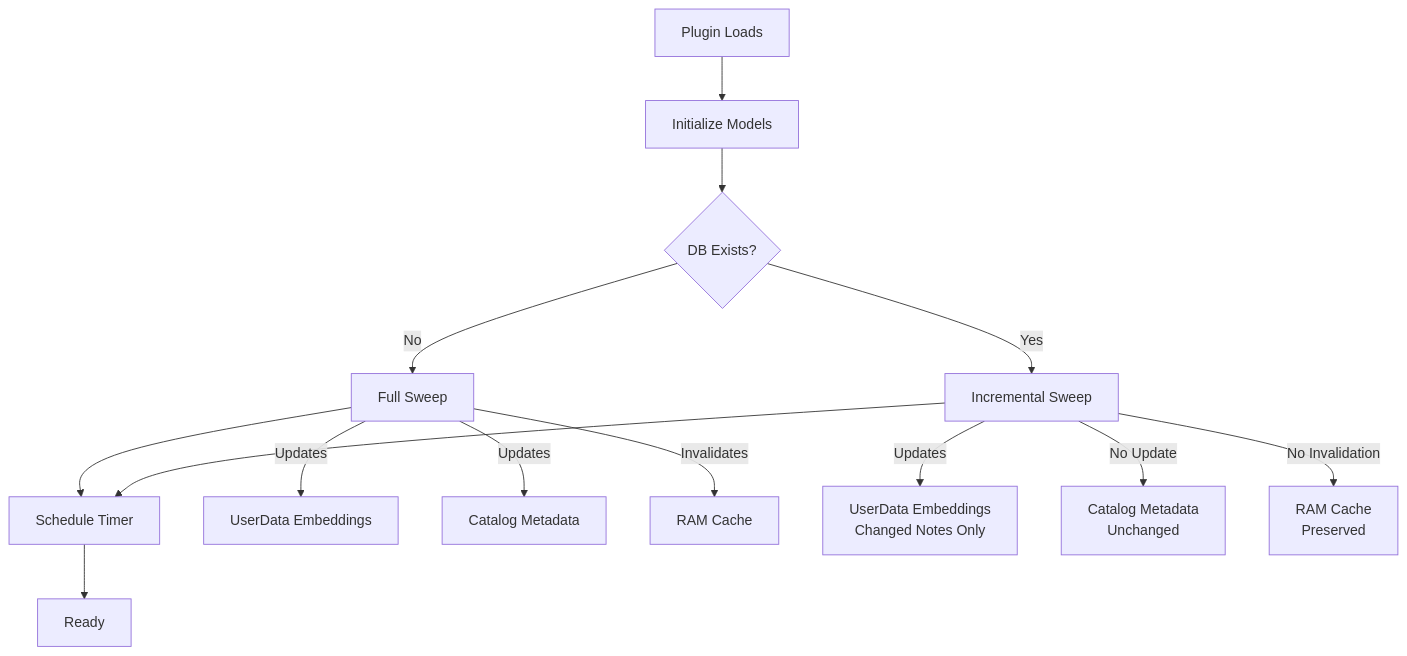
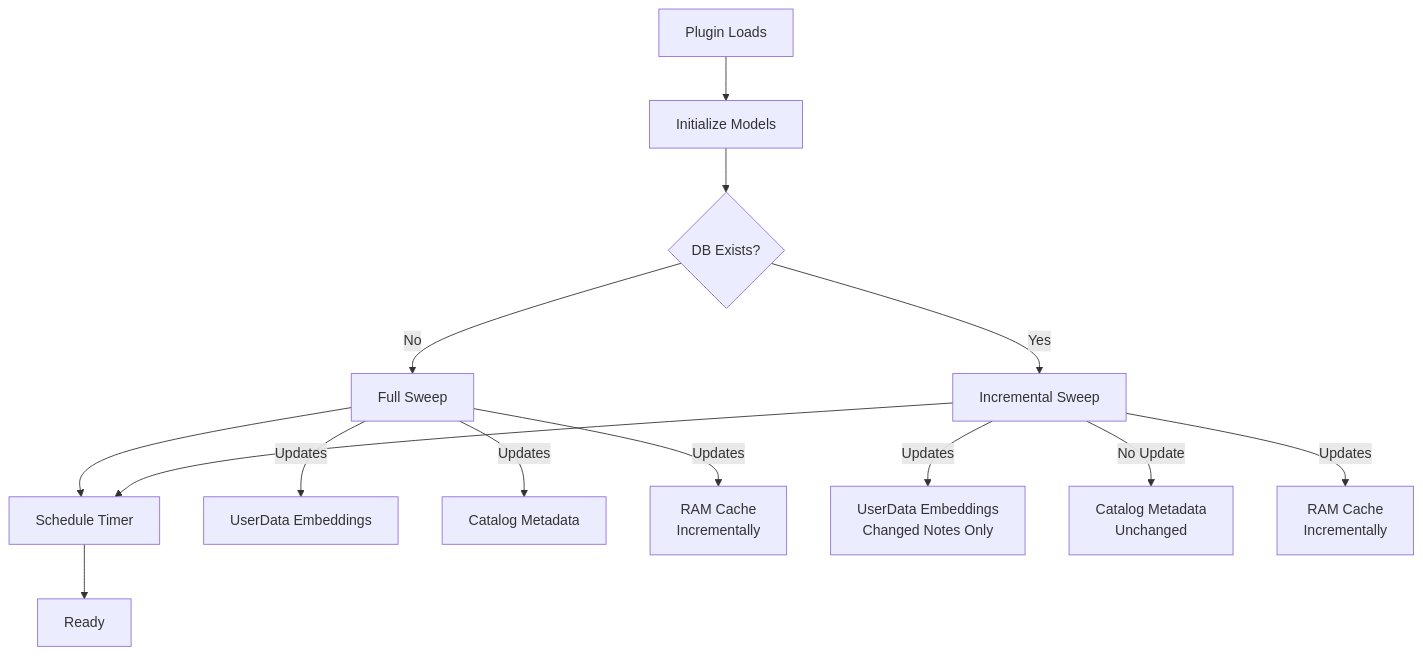
The first of 7 diagrams in VECTOR_DB_UPDATE_FLOW.md (alondmnt/joplin-plugin-jarvis), drawn with Mermaid before and after one commit. The commit also changed other lines of this file and 4 other files, not shown here.

````diff
--- a/VECTOR_DB_UPDATE_FLOW.md
+++ b/VECTOR_DB_UPDATE_FLOW.md
@@ -23,18 +23,18 @@
 ```mermaid
 graph TD
     A[Plugin Loads] --> B[Initialize Models]
     B --> C{DB Exists?}
     C -->|No| D[Full Sweep]
     C -->|Yes| E[Incremental Sweep]
     D --> F[Schedule Timer]
     E --> F
     F --> G[Ready]
 
     D -->|Updates| H[UserData Embeddings]
     D -->|Updates| I[Catalog Metadata]
-    D -->|Invalidates| J[RAM Cache]
+    D -->|Updates| J[RAM Cache<br/>Incrementally]
 
     E -->|Updates| K[UserData Embeddings<br/>Changed Notes Only]
     E -->|No Update| L[Catalog Metadata<br/>Unchanged]
-    E -->|No Invalidation| M[RAM Cache<br/>Preserved]
+    E -->|Updates| M[RAM Cache<br/>Incrementally]
 ```
````
